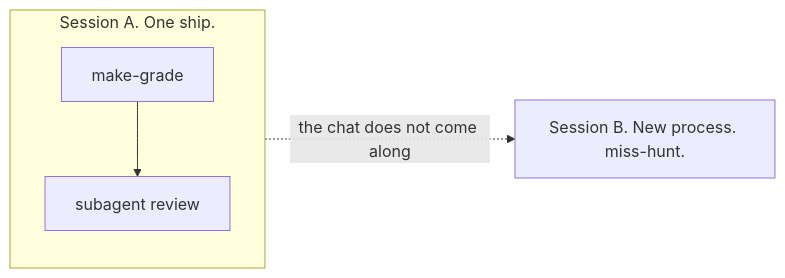
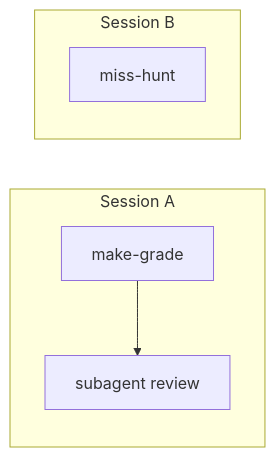
The third of 4 diagrams in docs/guide.md (marctheshark3/captain-skills), drawn with Mermaid before and after one commit. The commit also changed other lines of this file and 5 other files, not shown here.

````diff
--- a/docs/guide.md
+++ b/docs/guide.md
@@ -83,10 +76,9 @@
 ```mermaid
 flowchart LR
-  subgraph same ["Session A. One ship."]
-    parent["make-grade"]
-    child["subagent review"]
-    parent --> child
+  subgraph A [Session A]
+    parent[make-grade] --> child[subagent review]
   end
-  fresh["Session B. New process. miss-hunt."]
-  same -.->|"the chat does not come along"| fresh
+  subgraph B [Session B]
+    hunt[miss-hunt]
+  end
 ```
````
